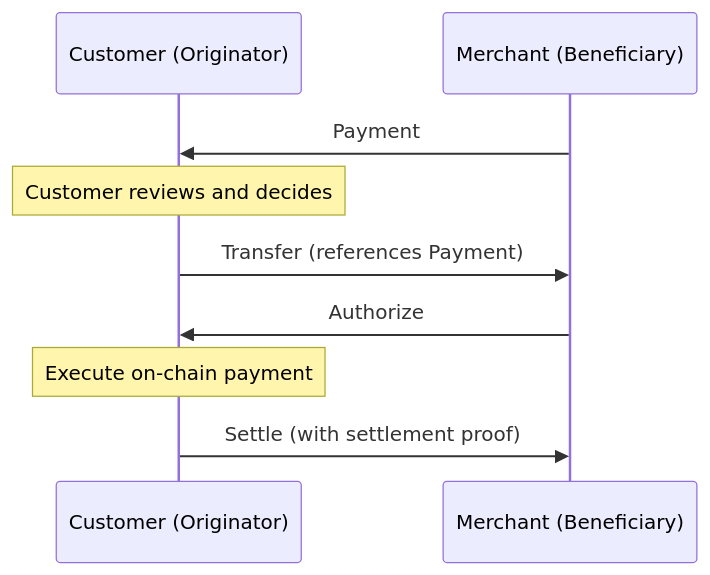
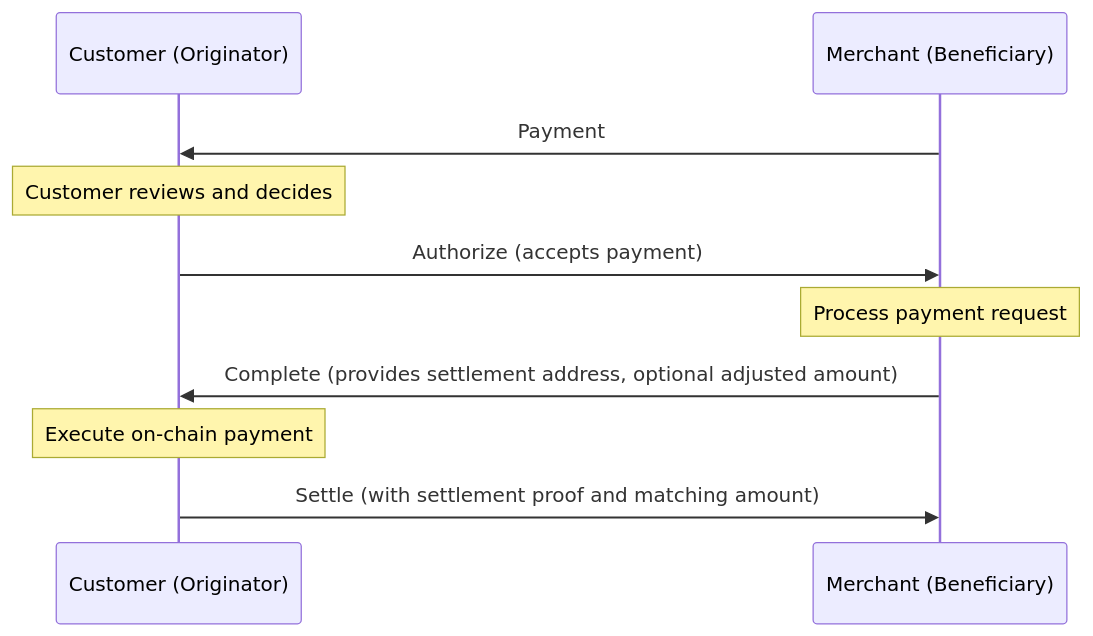
The sixth of 7 diagrams in authorization.md (TransactionAuthorizationProtocol/TAIPs), drawn with Mermaid before and after one commit. The commit also changed other lines of this file and 5 other files, not shown here.

First line of the commit message:
Add Complete message and update Settle message with amount field

````diff
--- a/authorization.md
+++ b/authorization.md
@@ -120,11 +146,12 @@
 ```mermaid
 sequenceDiagram
     participant Customer as Customer (Originator)
     participant Merchant as Merchant (Beneficiary)
     Merchant->>Customer: Payment
     Note over Customer: Customer reviews and decides
-    Customer->>Merchant: Transfer (references Payment)
-    Merchant->>Customer: Authorize
+    Customer->>Merchant: Authorize (accepts payment)
+    Note over Merchant: Process payment request
+    Merchant->>Customer: Complete (provides settlement address, optional adjusted amount)
     Note over Customer: Execute on-chain payment
-    Customer->>Merchant: Settle (with settlement proof)
+    Customer->>Merchant: Settle (with settlement proof and matching amount)
 ```
````
